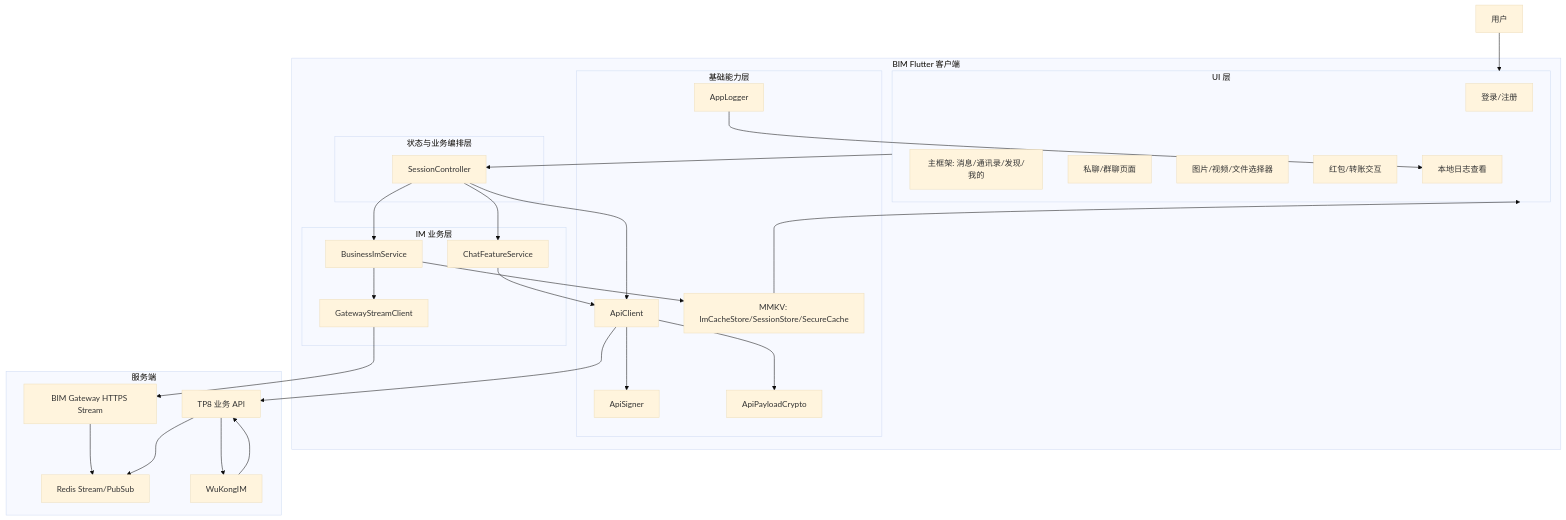
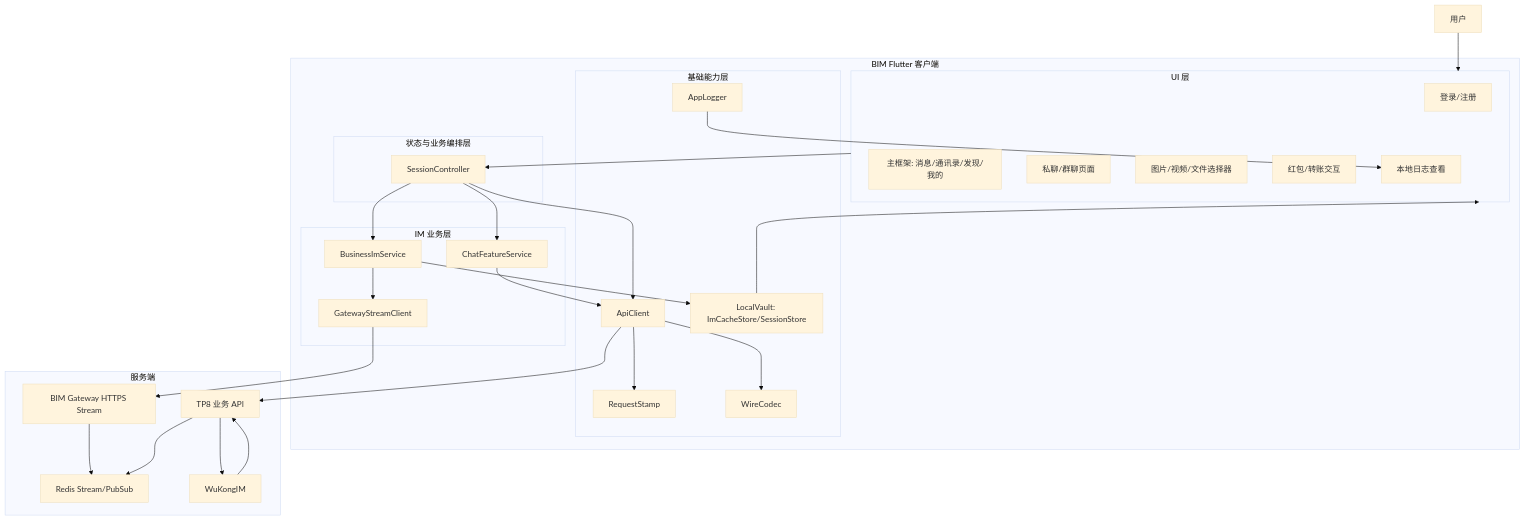
The first of 5 diagrams in docs/UI重构软件架构图.md (blinlincom/blin), drawn with Mermaid (base theme) before and after one commit. The commit also changed other lines of this file and 63 other files, not shown here.

````diff
--- a/docs/UI重构软件架构图.md
+++ b/docs/UI重构软件架构图.md
@@ -7,59 +7,59 @@
 ```mermaid
 flowchart TB
   User[用户]
 
   subgraph FlutterApp[BIM Flutter 客户端]
     subgraph UILayer[UI 层]
       AuthUI[登录/注册]
       MainShell[主框架: 消息/通讯录/发现/我的]
       ChatUI[私聊/群聊页面]
       PickerUI[图片/视频/文件选择器]
       PayUI[红包/转账交互]
       LogsUI[本地日志查看]
     end
 
     subgraph StateLayer[状态与业务编排层]
       SessionController[SessionController]
     end
 
     subgraph IMLayer[IM 业务层]
       BusinessIM[BusinessImService]
       ChatFeature[ChatFeatureService]
       GatewayClient[GatewayStreamClient]
     end
 
     subgraph CoreLayer[基础能力层]
       ApiClient[ApiClient]
-      Signer[ApiSigner]
-      Crypto[ApiPayloadCrypto]
-      Cache[MMKV: ImCacheStore/SessionStore/SecureCache]
+      Stamp[RequestStamp]
+      Wire[WireCodec]
+      Cache[LocalVault: ImCacheStore/SessionStore]
       Logger[AppLogger]
     end
   end
 
   subgraph Server[服务端]
     TP8[TP8 业务 API]
     Gateway[BIM Gateway HTTPS Stream]
     Redis[Redis Stream/PubSub]
     WK[WuKongIM]
   end
 
   User --> UILayer
   UILayer --> SessionController
   SessionController --> BusinessIM
   SessionController --> ChatFeature
   BusinessIM --> GatewayClient
   BusinessIM --> Cache
   ChatFeature --> ApiClient
   SessionController --> ApiClient
-  ApiClient --> Signer
-  ApiClient --> Crypto
+  ApiClient --> Stamp
+  ApiClient --> Wire
   ApiClient --> TP8
   GatewayClient --> Gateway
   Gateway --> Redis
   TP8 --> Redis
   TP8 --> WK
   WK --> TP8
   Cache --> UILayer
   Logger --> LogsUI
 ```
````
